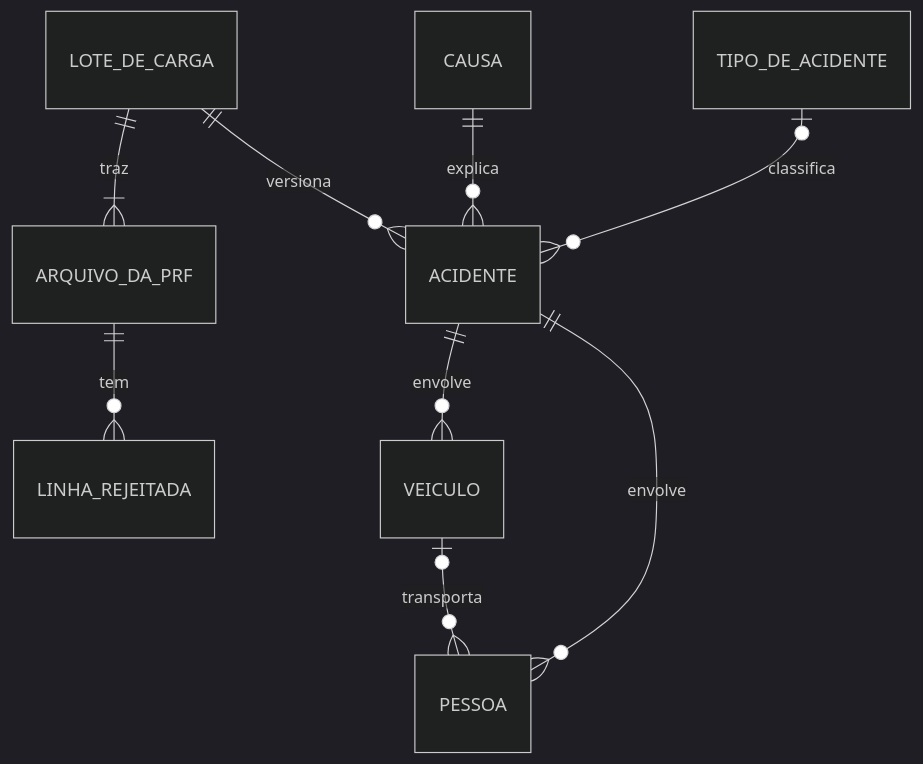
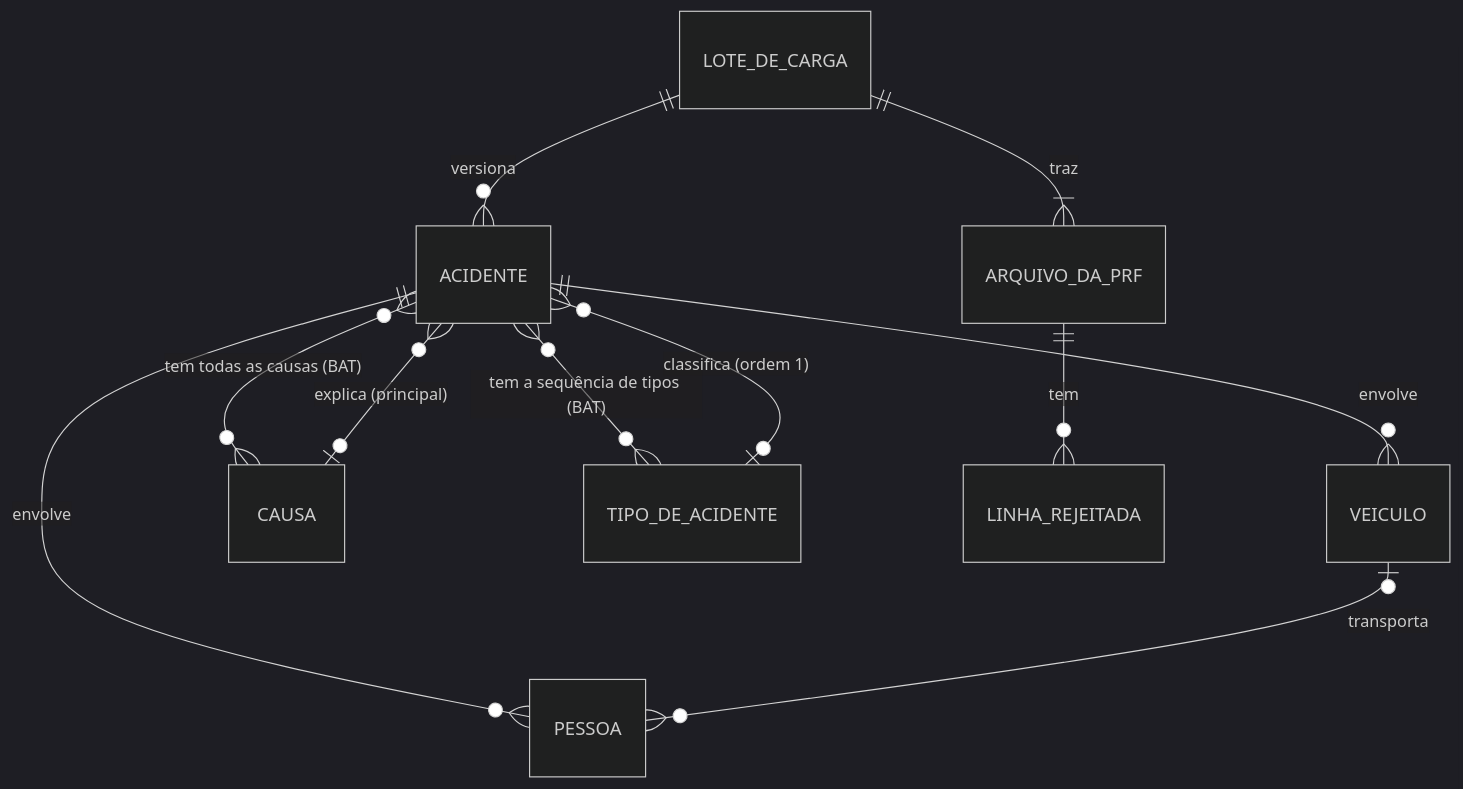
One commit to cibelinda/Engenharia-Dados-Seguranca-Viaria changed the fourth of 6 diagrams in docs/arquitetura-e-modelos.md. Above: the diagram before and after it, drawn with Mermaid (dark theme). The commit also changed other lines of this file, not shown here.

Commit message:
docs: diagramas com PostGIS, tabelas novas e dataset completo

````diff
--- a/docs/arquitetura-e-modelos.md
+++ b/docs/arquitetura-e-modelos.md
@@ -83,11 +85,13 @@
 ```mermaid
 erDiagram
     LOTE_DE_CARGA ||--|{ ARQUIVO_DA_PRF : "traz"
     LOTE_DE_CARGA ||--o{ ACIDENTE : "versiona"
     ACIDENTE ||--o{ VEICULO : "envolve"
     ACIDENTE ||--o{ PESSOA : "envolve"
     VEICULO |o--o{ PESSOA : "transporta"
-    CAUSA ||--o{ ACIDENTE : "explica"
-    TIPO_DE_ACIDENTE |o--o{ ACIDENTE : "classifica"
+    CAUSA |o--o{ ACIDENTE : "explica (principal)"
+    ACIDENTE }o--o{ CAUSA : "tem todas as causas (BAT)"
+    TIPO_DE_ACIDENTE |o--o{ ACIDENTE : "classifica (ordem 1)"
+    ACIDENTE }o--o{ TIPO_DE_ACIDENTE : "tem a sequência de tipos (BAT)"
     ARQUIVO_DA_PRF ||--o{ LINHA_REJEITADA : "tem"
 ```
````
